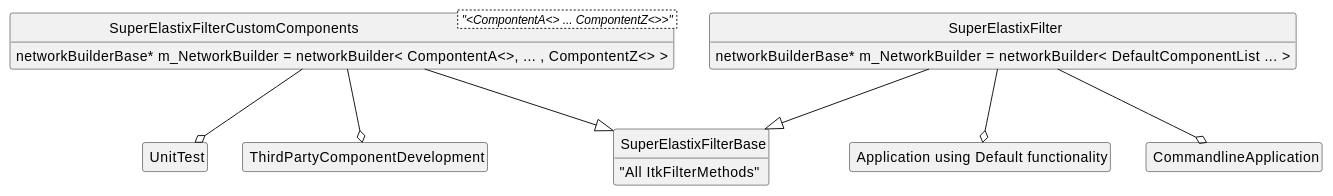
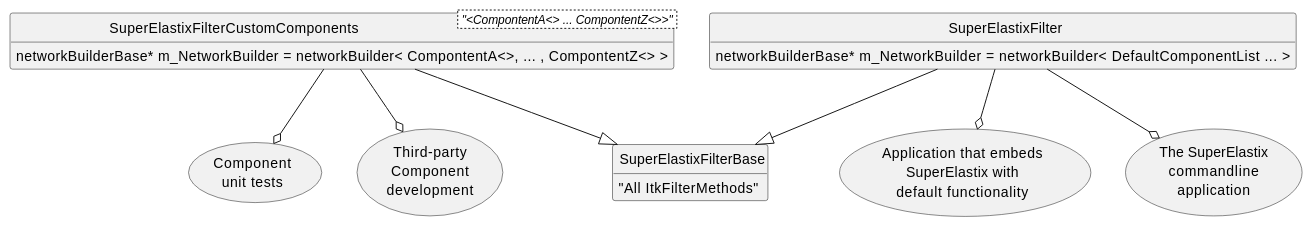
The first of 3 diagrams in source/Development.rst (SuperElastix/SuperElastix-Documentation), drawn with PlantUML before and after one commit. The commit also changed other lines of this file and 12 other files, not shown here.

Commit message:
ENH: added Design Section, updated all UML, figure captions, etc.

```diff
--- a/source/Development.rst
+++ b/source/Development.rst
@@ -174,40 +127,37 @@
     .. uml::
     
-          @startuml
-          
-          'style options 
-          skinparam monochrome true
-          skinparam circledCharacterRadius 0
-          skinparam circledCharacterFontSize 0
-          skinparam classAttributeIconSize 0
-          hide empty members
-          
-          class SuperElastixFilterCustomComponents< "<CompontentA<> ... CompontentZ<>>" > {
-          networkBuilderBase* m_NetworkBuilder = networkBuilder< CompontentA<>, ... , CompontentZ<> >
-          }
-          
-          class SuperElastixFilterBase {
-          "All ItkFilterMethods"
-          }
-          
-          class SuperElastixFilter {
-          networkBuilderBase* m_NetworkBuilder = networkBuilder< DefaultComponentList ...  >
-
-          }          
-          
-          class "Application using Default functionality"{
-          }
-          class CommandlineApplication{
-          }
-          class UnitTest{
-          }
-          class ThirdPartyComponentDevelopment{
-          }
-          
-          SuperElastixFilterCustomComponents --|> SuperElastixFilterBase
-          SuperElastixFilterCustomComponents -down-o UnitTest
-          SuperElastixFilterCustomComponents -down-o ThirdPartyComponentDevelopment
-          SuperElastixFilter --|> SuperElastixFilterBase
-          SuperElastixFilter -down-o CommandlineApplication
-          SuperElastixFilter -down-o "Application using Default functionality"
-          @enduml
+      @startuml
+      
+      allow_mixing
+      
+      'style options 
+      skinparam monochrome true
+      skinparam circledCharacterRadius 0
+      skinparam circledCharacterFontSize 0
+      skinparam classAttributeIconSize 0
+      hide empty members
+      
+      class SuperElastixFilterCustomComponents< "<CompontentA<> ... CompontentZ<>>" > {
+        networkBuilderBase* m_NetworkBuilder = networkBuilder< CompontentA<>, ... , CompontentZ<> >
+      }
+      
+      class SuperElastixFilterBase {
+        "All ItkFilterMethods"
+      }
+      
+      class SuperElastixFilter {
+        networkBuilderBase* m_NetworkBuilder = networkBuilder< DefaultComponentList ...  >
+      }          
+      
+      usecase (Application that embeds\nSuperElastix with\ndefault functionality) as DefaultApplication
+      usecase (The SuperElastix\ncommandline\napplication) as CommandlineApplication
+      usecase (Component\nunit tests) as UnitTest
+      usecase (Third-party\nComponent\ndevelopment) as ThirdPartyComponentDevelopment
+      
+      SuperElastixFilterCustomComponents --|> SuperElastixFilterBase
+      SuperElastixFilterCustomComponents -down-o UnitTest
+      SuperElastixFilterCustomComponents -down-o ThirdPartyComponentDevelopment
+      SuperElastixFilter --|> SuperElastixFilterBase
+      SuperElastixFilter -down-o CommandlineApplication
+      SuperElastixFilter -down-o DefaultApplication
+      @enduml
```
